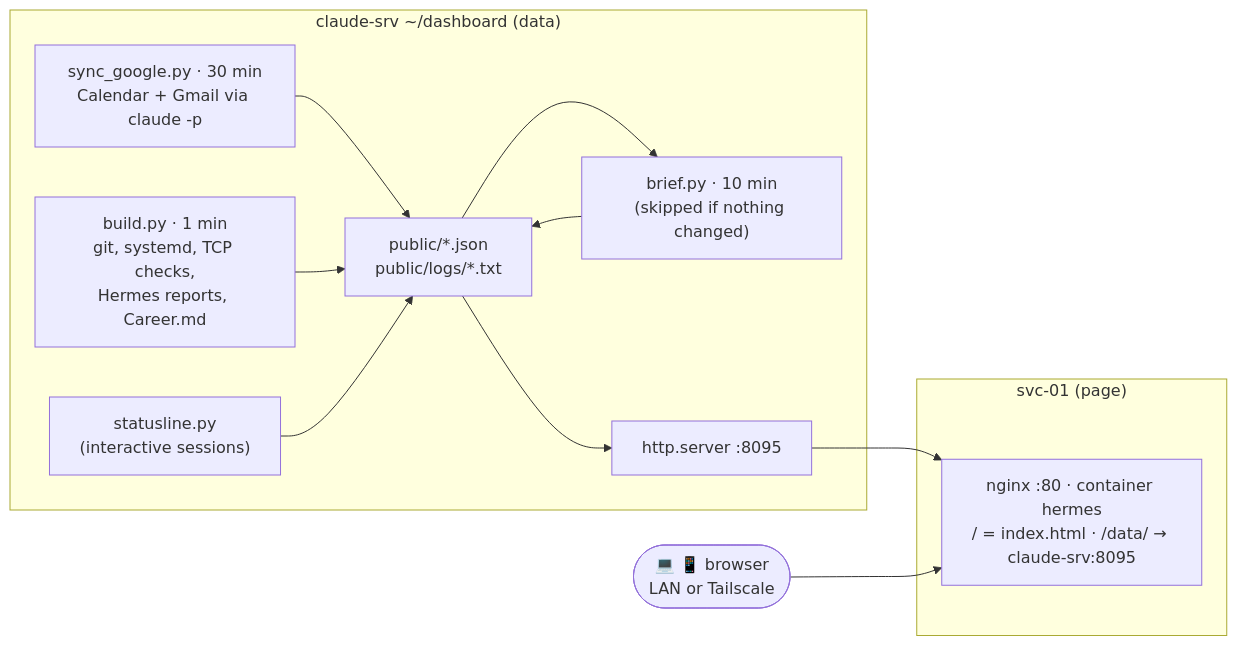
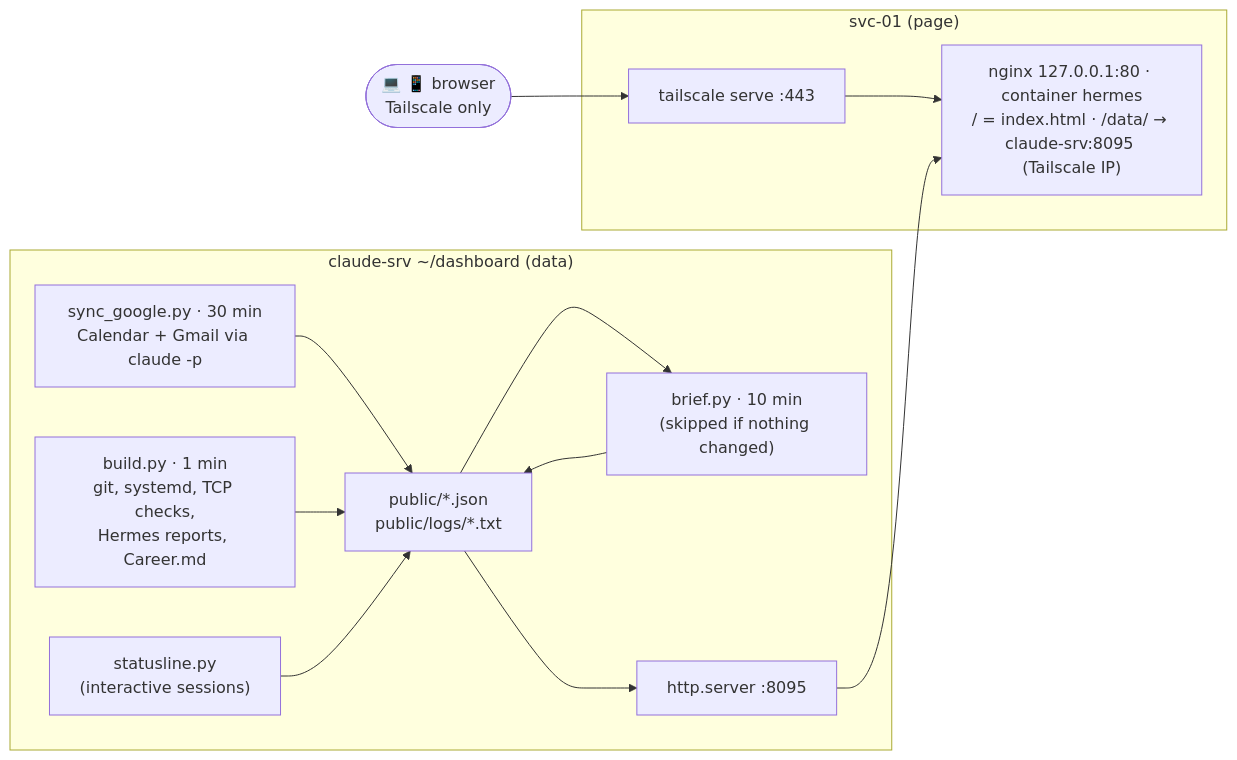
One commit to ClydeWasEjected/ClydeHomeLab changed the diagram in HomeLab/6 - Services/Hermes Dashboard.md. Above: the diagram before and after it, drawn with Mermaid. The commit also changed other lines of this file and 1 other file, not shown here.

First line of the commit message:
Hermes Dashboard: Tailscale only (H2 closed), stable errand text

````diff
--- a/HomeLab/6 - Services/Hermes Dashboard.md
+++ b/HomeLab/6 - Services/Hermes Dashboard.md
@@ -7,16 +7,16 @@
 ```mermaid
 flowchart LR
     subgraph cs["claude-srv ~/dashboard (data)"]
         g["sync_google.py · 30 min<br/>Calendar + Gmail via claude -p"] --> pub
         b["build.py · 1 min<br/>git, systemd, TCP checks,<br/>Hermes reports, Career.md"] --> pub["public/*.json<br/>public/logs/*.txt"]
         pub --> r["brief.py · 10 min<br/>(skipped if nothing changed)"]
         r --> pub
         st["statusline.py<br/>(interactive sessions)"] --> pub
         pub --> h8["http.server :8095"]
     end
     subgraph sv["svc-01 (page)"]
-        n["nginx :80 · container hermes<br/>/ = index.html · /data/ → claude-srv:8095"]
+        ts["tailscale serve :443"] --> n["nginx 127.0.0.1:80 · container hermes<br/>/ = index.html · /data/ → claude-srv:8095 (Tailscale IP)"]
     end
     h8 --> n
-    you(["💻 📱 browser<br/>LAN or Tailscale"]) --> n
+    you(["💻 📱 browser<br/>Tailscale only"]) --> ts
 ```
````
